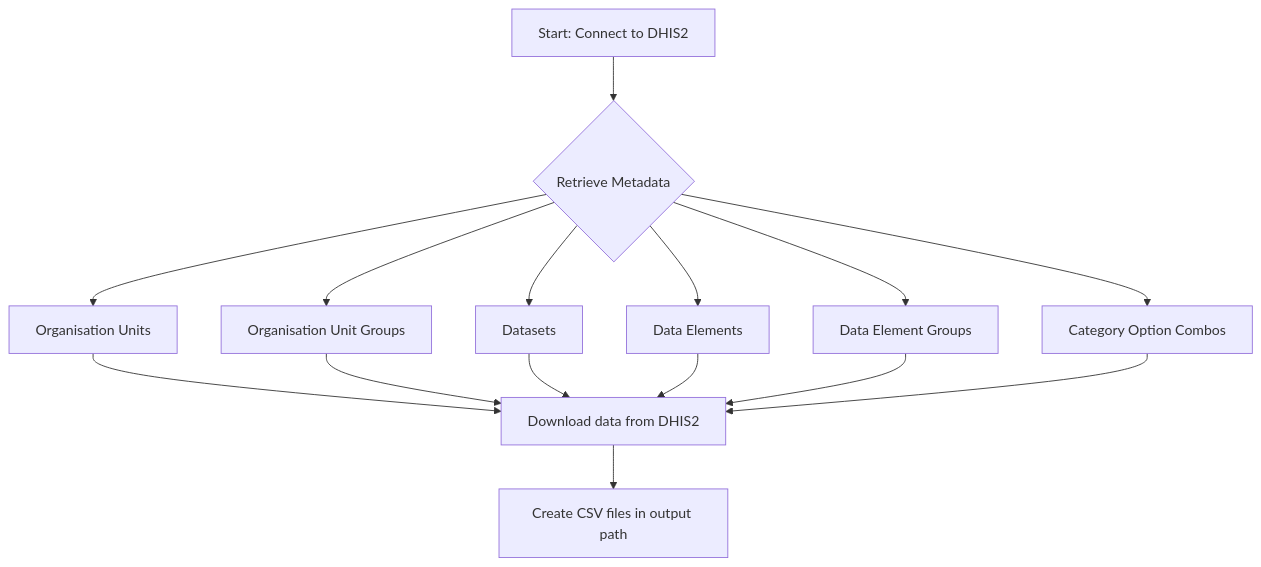
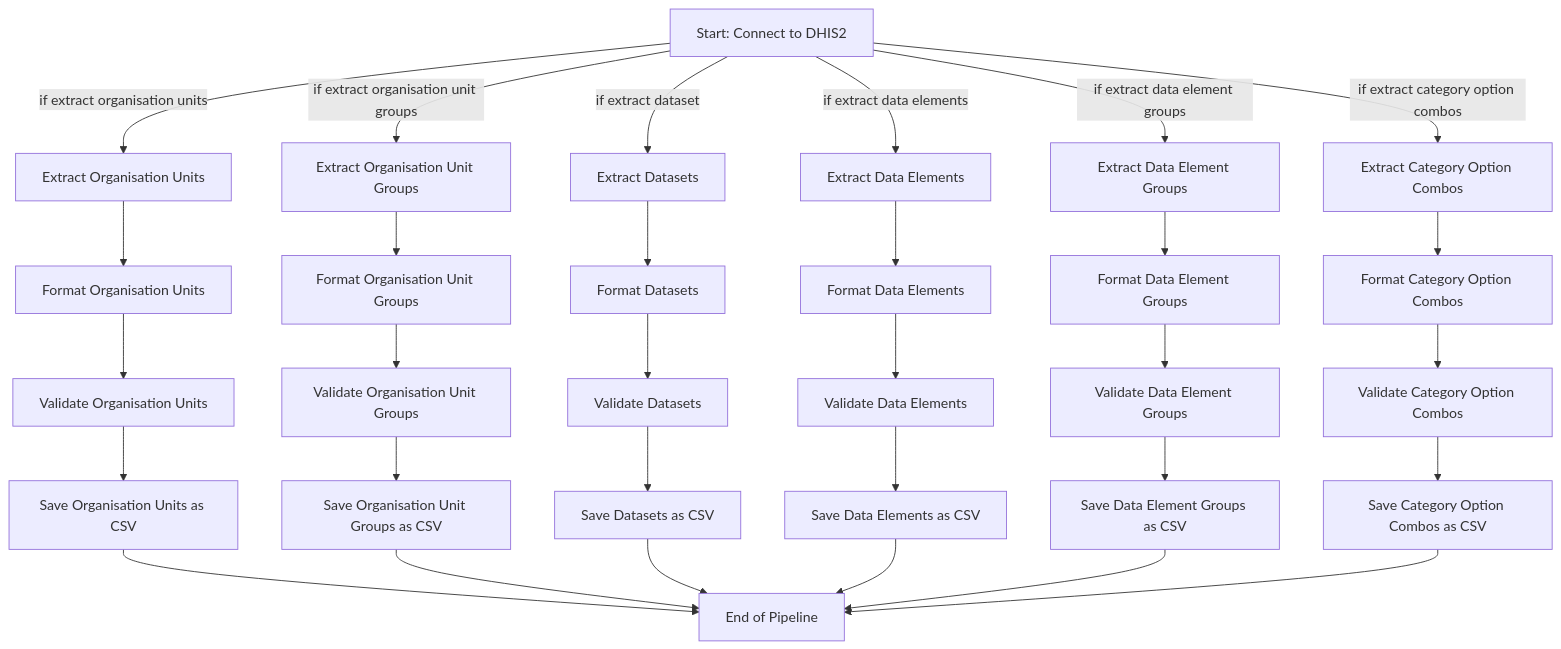
One commit to BLSQ/openhexa-templates-ds changed the diagram in dhis2_metadata_extract/README.md. Above: the diagram before and after it, drawn with Mermaid. The commit also changed other lines of this file and 8 other files, not shown here.

````diff
--- a/dhis2_metadata_extract/README.md
+++ b/dhis2_metadata_extract/README.md
@@ -51,19 +60,33 @@
 ```mermaid
 flowchart TD
-    A[Start: Connect to DHIS2] --> B{Retrieve Metadata}    
-    B --> B1[Organisation Units]
-    B --> B2[Organisation Unit Groups]
-    B --> B3[Datasets]
-    B --> B4[Data Elements]
-    B --> B5[Data Element Groups]
-    B --> B6[Category Option Combos]    
-    B1 --> C[Download data from DHIS2]
-    B2 --> C
-    B3 --> C
-    B4 --> C
-    B5 --> C
-    B6 --> C
-    
-    C --> D[Create CSV files in output path]
-
+    A[Start: Connect to DHIS2] -- if extract organisation units --> B1[Extract Organisation Units]
+    A -- if extract organisation unit groups --> B2[Extract Organisation Unit Groups]
+    A -- if extract dataset --> B3[Extract Datasets]
+    A -- if extract data elements --> B4[Extract Data Elements]
+    A -- if extract data element groups --> B5[Extract Data Element Groups]
+    A -- if extract category option combos --> B6[Extract Category Option Combos]    
+    B1 --> C1[Format Organisation Units]
+    B2 --> C2[Format Organisation Unit Groups]
+    B3 --> C3[Format Datasets]
+    B4 --> C4[Format Data Elements]
+    B5 --> C5[Format Data Element Groups]
+    B6 --> C6[Format Category Option Combos]
+    C1 --> D1[Validate Organisation Units]
+    C2 --> D2[Validate Organisation Unit Groups]
+    C3 --> D3[Validate Datasets]
+    C4 --> D4[Validate Data Elements]
+    C5 --> D5[Validate Data Element Groups]
+    C6 --> D6[Validate Category Option Combos]
+    D1 --> E1[Save Organisation Units as CSV]
+    D2 --> E2[Save Organisation Unit Groups as CSV]
+    D3 --> E3[Save Datasets as CSV]
+    D4 --> E4[Save Data Elements as CSV]
+    D5 --> E5[Save Data Element Groups as CSV]
+    D6 --> E6[Save Category Option Combos as CSV]    
+    E1 --> F[End of Pipeline]
+    E2 --> F
+    E3 --> F
+    E4 --> F
+    E5 --> F
+    E6 --> F
 ```
````
